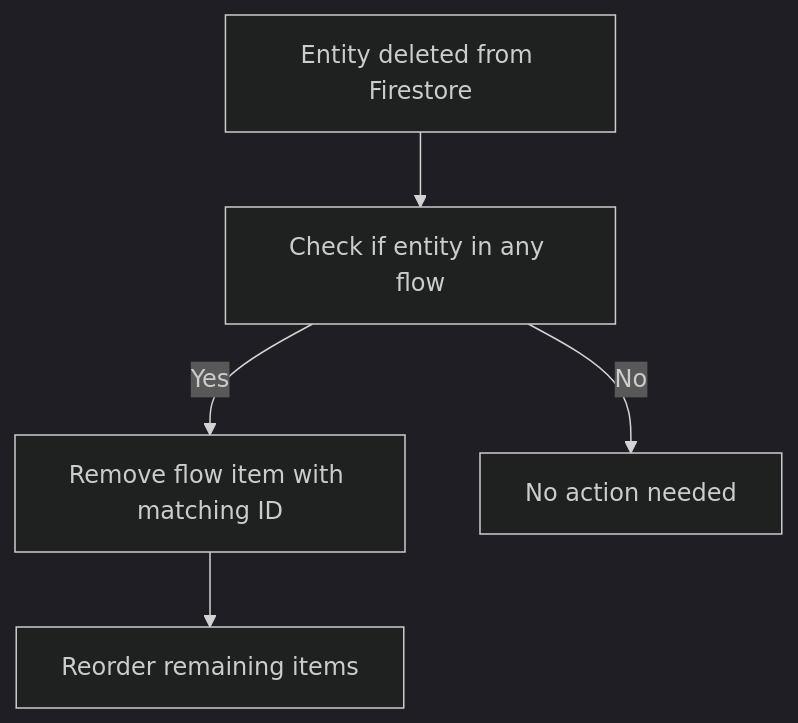
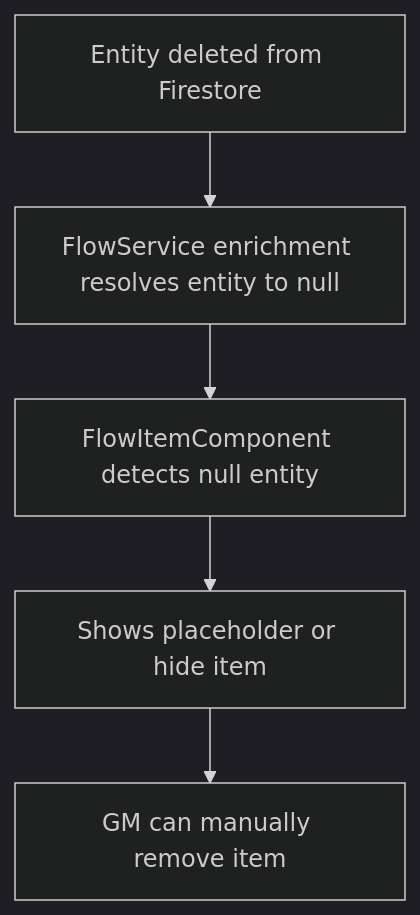
Before and after one commit to call1800messiah/The-Eighth: the fourth of 4 diagrams in docs/features/flow/journey.md, drawn with Mermaid (dark theme). The commit also changed other lines of this file and 4 other files, not shown here.

````diff
--- a/docs/features/flow/journey.md
+++ b/docs/features/flow/journey.md
@@ -139,7 +127,7 @@
 ```mermaid
 graph TD
-    A[Entity deleted from Firestore] --> B[Check if entity in any flow]
-    B -->|Yes| C[Remove flow item with matching ID]
-    C --> D[Reorder remaining items]
-    B -->|No| E[No action needed]
+    A[Entity deleted from Firestore] --> B[FlowService enrichment resolves entity to null]
+    B --> C[FlowItemComponent detects null entity]
+    C --> D[Shows placeholder or hide item]
+    D --> E[GM can manually remove item]
 ```
````
